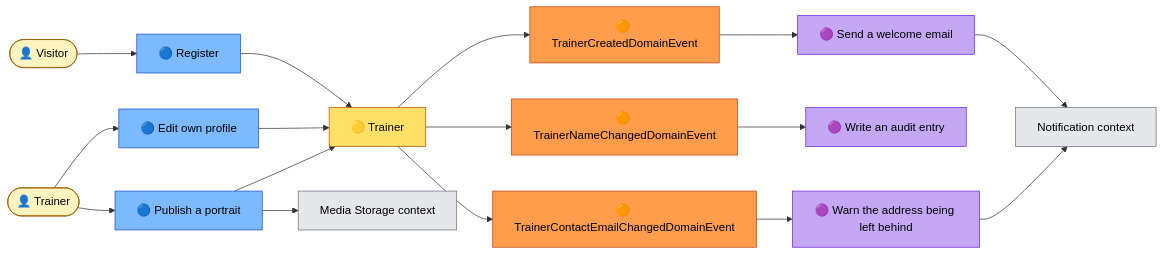
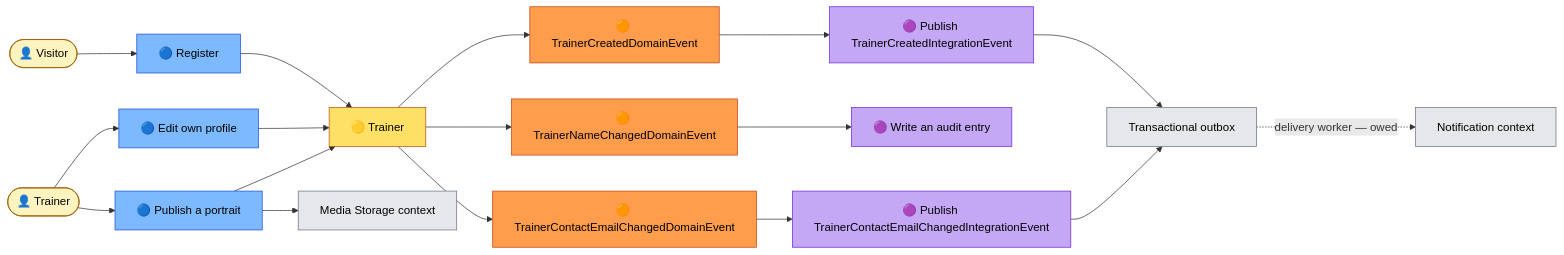
One commit to maxime-poulain/BLRefactoring changed the first of 2 diagrams in docs/strategic-design/event-storming.md. Above: the diagram before and after it, drawn with Mermaid. The commit also changed other lines of this file and 43 other files, not shown here.

````diff
--- a/docs/strategic-design/event-storming.md
+++ b/docs/strategic-design/event-storming.md
@@ -36,34 +36,35 @@
 ```mermaid
 flowchart LR
     A1(["👤 Visitor"]) --> C1["🔵 Register"]
     C1 --> AG1["🟡 Trainer"]
     AG1 --> E1["🟠 TrainerCreatedDomainEvent"]
-    E1 --> P1["🟣 Send a welcome email"]
-    P1 --> X1["Notification context"]
+    E1 --> P1["🟣 Publish TrainerCreatedIntegrationEvent"]
+    P1 --> OB["Transactional outbox"]
+    OB -.->|"delivery worker — owed"| X1["Notification context"]
 
     A2(["👤 Trainer"]) --> C2["🔵 Edit own profile"]
     C2 --> AG1
     AG1 --> E2["🟠 TrainerNameChangedDomainEvent"]
     AG1 --> E3["🟠 TrainerContactEmailChangedDomainEvent"]
     E2 --> P2["🟣 Write an audit entry"]
-    E3 --> P3["🟣 Warn the address being left behind"]
-    P3 --> X1
+    E3 --> P3["🟣 Publish TrainerContactEmailChangedIntegrationEvent"]
+    P3 --> OB
 
     A2 --> C3["🔵 Publish a portrait"]
     C3 --> AG1
     C3 --> X2["Media Storage context"]
 
     classDef event fill:#ff9d4d,stroke:#c2410c,color:#000
     classDef command fill:#7cb9ff,stroke:#1d4ed8,color:#000
     classDef aggregate fill:#ffe066,stroke:#b45309,color:#000
     classDef policy fill:#c4a7f5,stroke:#6d28d9,color:#000
     classDef actor fill:#fff3bf,stroke:#a16207,color:#000
     classDef external fill:#e5e7eb,stroke:#6b7280,color:#000
 
     class E1,E2,E3 event
     class C1,C2,C3 command
     class AG1 aggregate
     class P1,P2,P3 policy
     class A1,A2 actor
-    class X1,X2 external
+    class X1,X2,OB external
 ```
````
